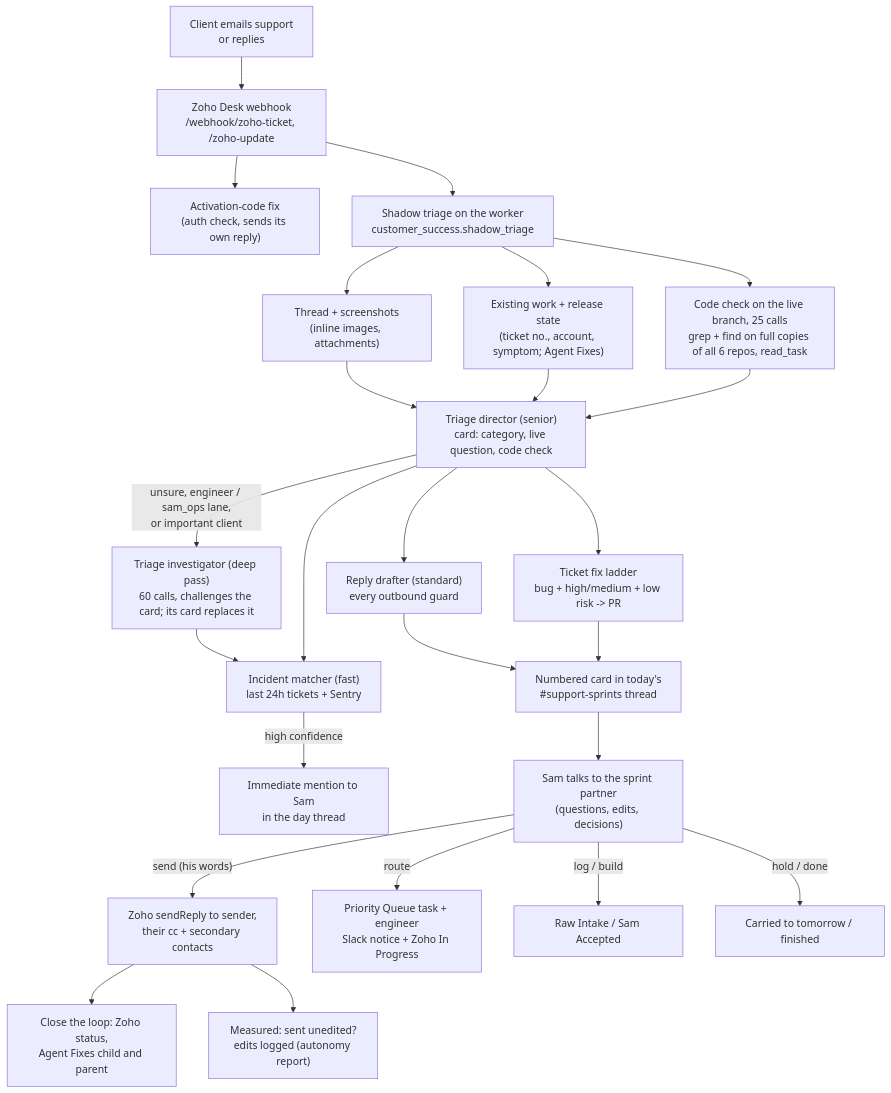
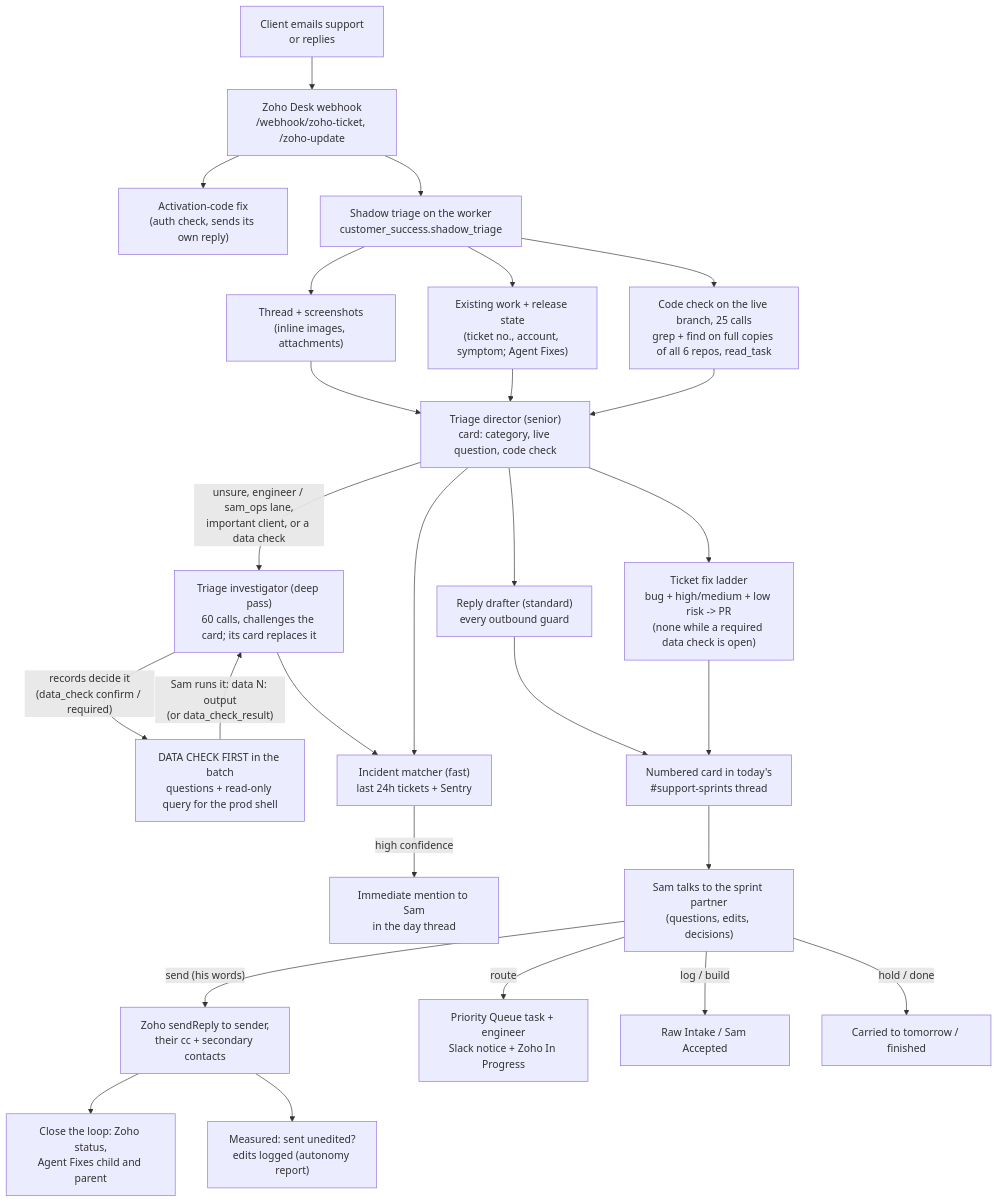
One commit to vomeadmin/vome-os changed the first of 12 diagrams in WORKFLOWS.md. Above: the diagram before and after it, drawn with Mermaid. The commit also changed other lines of this file and 23 other files, not shown here.

````diff
--- a/WORKFLOWS.md
+++ b/WORKFLOWS.md
@@ -30,24 +30,26 @@
 ```mermaid
 flowchart TD
   A["Client emails support<br/>or replies"]:::live --> B["Zoho Desk webhook<br/>/webhook/zoho-ticket, /zoho-update"]:::live
   B --> AC["Activation-code fix<br/>(auth check, sends its own reply)"]:::live
   B --> S["Shadow triage on the worker<br/>customer_success.shadow_triage"]:::deployed
   S --> S1["Thread + screenshots<br/>(inline images, attachments)"]:::deployed
   S --> S2["Existing work + release state<br/>(ticket no., account, symptom; Agent Fixes)"]:::deployed
   S --> S3["Code check on the live branch, 25 calls<br/>grep + find on full copies of all 6 repos, read_task"]:::built
   S1 & S2 & S3 --> T["Triage director (senior)<br/>card: category, live question, code check"]:::deployed
-  T -->|"unsure, engineer / sam_ops lane,<br/>or important client"| DP["Triage investigator (deep pass)<br/>60 calls, challenges the card; its card replaces it"]:::built
+  T -->|"unsure, engineer / sam_ops lane,<br/>important client, or a data check"| DP["Triage investigator (deep pass)<br/>60 calls, challenges the card; its card replaces it"]:::built
+  DP -->|"records decide it<br/>(data_check confirm / required)"| DC["DATA CHECK FIRST in the batch<br/>questions + read-only query for the prod shell"]:::built
+  DC -->|"Sam runs it: data N: output<br/>(or data_check_result)"| DP
   DP --> I
   T --> I["Incident matcher (fast)<br/>last 24h tickets + Sentry"]:::deployed
   I -->|high confidence| IA["Immediate mention to Sam<br/>in the day thread"]:::deployed
   T --> D["Reply drafter (standard)<br/>every outbound guard"]:::deployed
-  T --> F["Ticket fix ladder<br/>bug + high/medium + low risk -> PR"]:::deployed
+  T --> F["Ticket fix ladder<br/>bug + high/medium + low risk -> PR<br/>(none while a required data check is open)"]:::deployed
   D & F --> C["Numbered card in today's<br/>#support-sprints thread"]:::deployed
   C --> P["Sam talks to the sprint partner<br/>(questions, edits, decisions)"]:::deployed
   P -->|"send (his words)"| SE["Zoho sendReply to sender,<br/>their cc + secondary contacts"]:::deployed
   SE --> CL["Close the loop: Zoho status,<br/>Agent Fixes child and parent"]:::built
   P -->|route| R["Priority Queue task + engineer<br/>Slack notice + Zoho In Progress"]:::deployed
   P -->|log / build| FR["Raw Intake / Sam Accepted"]:::deployed
   P -->|hold / done| H["Carried to tomorrow / finished"]:::deployed
   SE --> M["Measured: sent unedited?<br/>edits logged (autonomy report)"]:::built
 ```
````
